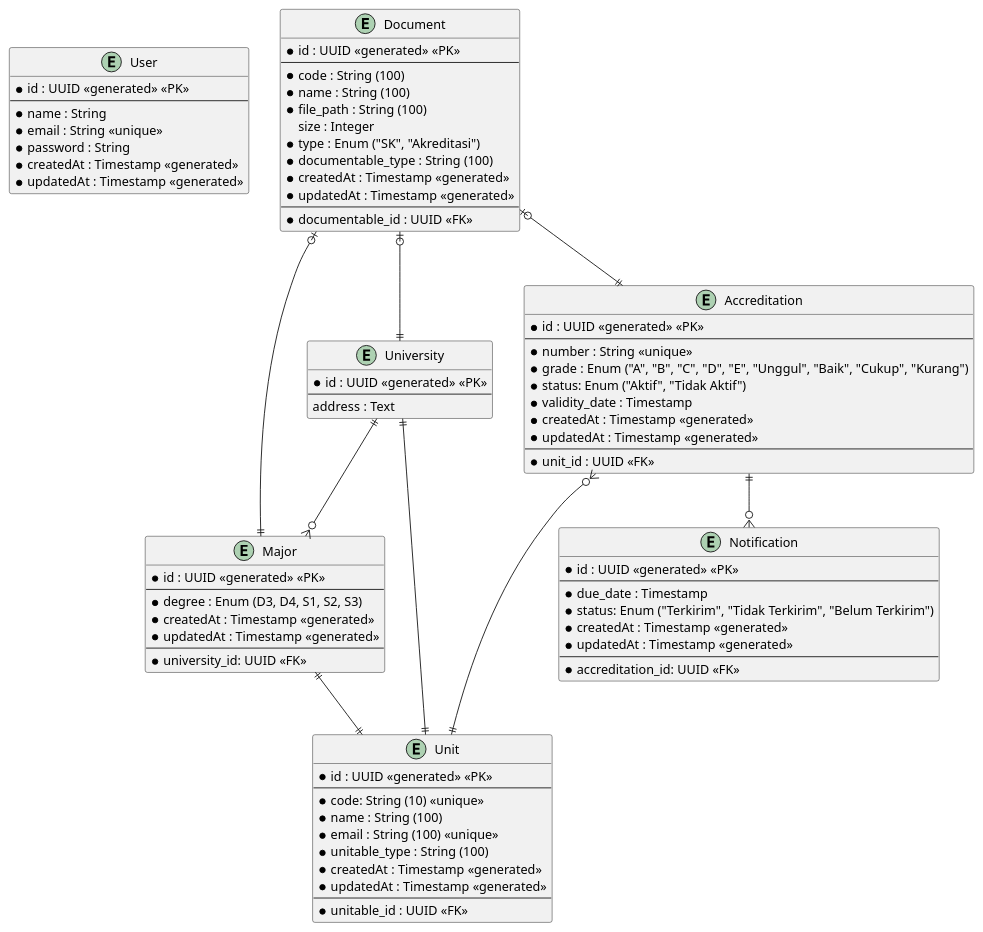
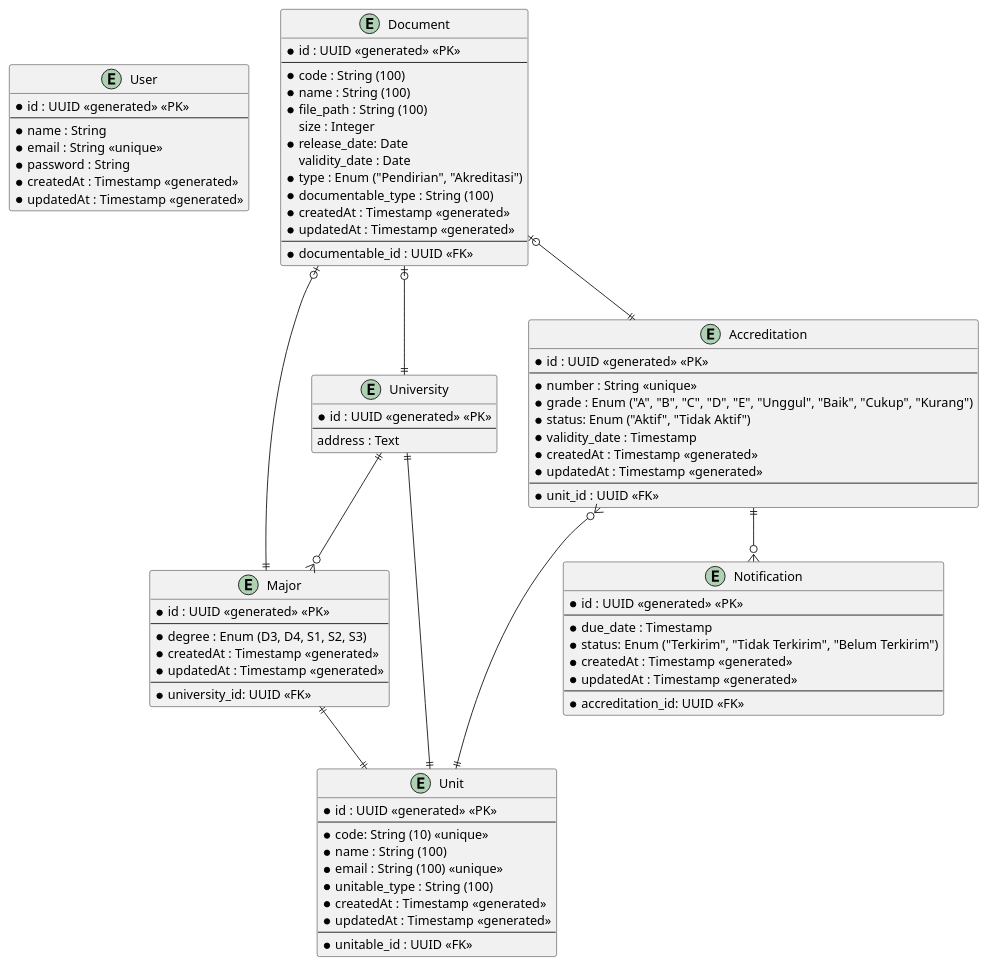
The diagram in spm-widyatama.puml (alifnuryana/sistem-penjaminan-mutu), drawn with PlantUML before and after one commit.

Commit message:
:memo: update class diagram in spm-widyatama.puml

```diff
--- a/spm-widyatama.puml
+++ b/spm-widyatama.puml
@@ -1,93 +1,95 @@
 @startuml
 
 entity User {
     * id : UUID <<generated>> <<PK>>
     ---
     * name : String
     * email : String <<unique>>
     * password : String
     * createdAt : Timestamp <<generated>>
     * updatedAt : Timestamp <<generated>>
 }
 
 entity Unit {
     * id : UUID <<generated>> <<PK>>
     ---
     * code: String (10) <<unique>>
     * name : String (100)
     * email : String (100) <<unique>>
     * unitable_type : String (100)
     * createdAt : Timestamp <<generated>>
     * updatedAt : Timestamp <<generated>>
     ---
     * unitable_id : UUID <<FK>>
 }
 
 entity Major {
     * id : UUID <<generated>> <<PK>>
     ---
     * degree : Enum (D3, D4, S1, S2, S3)
     * createdAt : Timestamp <<generated>>
     * updatedAt : Timestamp <<generated>>
     ---
     * university_id: UUID <<FK>>
 }
 
 entity University {
      * id : UUID <<generated>> <<PK>>
     ---
     address : Text
 }
 
 entity Accreditation {
     * id : UUID <<generated>> <<PK>>
     ---
     * number : String <<unique>>
     * grade : Enum ("A", "B", "C", "D", "E", "Unggul", "Baik", "Cukup", "Kurang")
     * status: Enum ("Aktif", "Tidak Aktif")
     * validity_date : Timestamp
     * createdAt : Timestamp <<generated>>
     * updatedAt : Timestamp <<generated>>
     ---
     * unit_id : UUID <<FK>>
 }
 
 entity Notification {
     * id : UUID <<generated>> <<PK>>
     ---
     * due_date : Timestamp
     * status: Enum ("Terkirim", "Tidak Terkirim", "Belum Terkirim")
     * createdAt : Timestamp <<generated>>
     * updatedAt : Timestamp <<generated>>
     ---
     * accreditation_id: UUID <<FK>>
 }
 
 entity Document {
     * id : UUID <<generated>> <<PK>>
     ---
     * code : String (100)
     * name : String (100)
     * file_path : String (100)
     size : Integer
-    * type : Enum ("SK", "Akreditasi")
+    * release_date: Date
+    validity_date : Date
+    * type : Enum ("Pendirian", "Akreditasi")
     * documentable_type : String (100)
     * createdAt : Timestamp <<generated>>
     * updatedAt : Timestamp <<generated>>
     ---
     * documentable_id : UUID <<FK>>
 }
 
 
 Major ||--|| Unit
 
 University ||--o{ Major
 University ||--|| Unit
 
 Accreditation ||--o{ Notification
 Accreditation }o--|| Unit
 
 Document |o--|| University
 Document |o--|| Major
 Document |o--|| Accreditation
 @enduml
```
